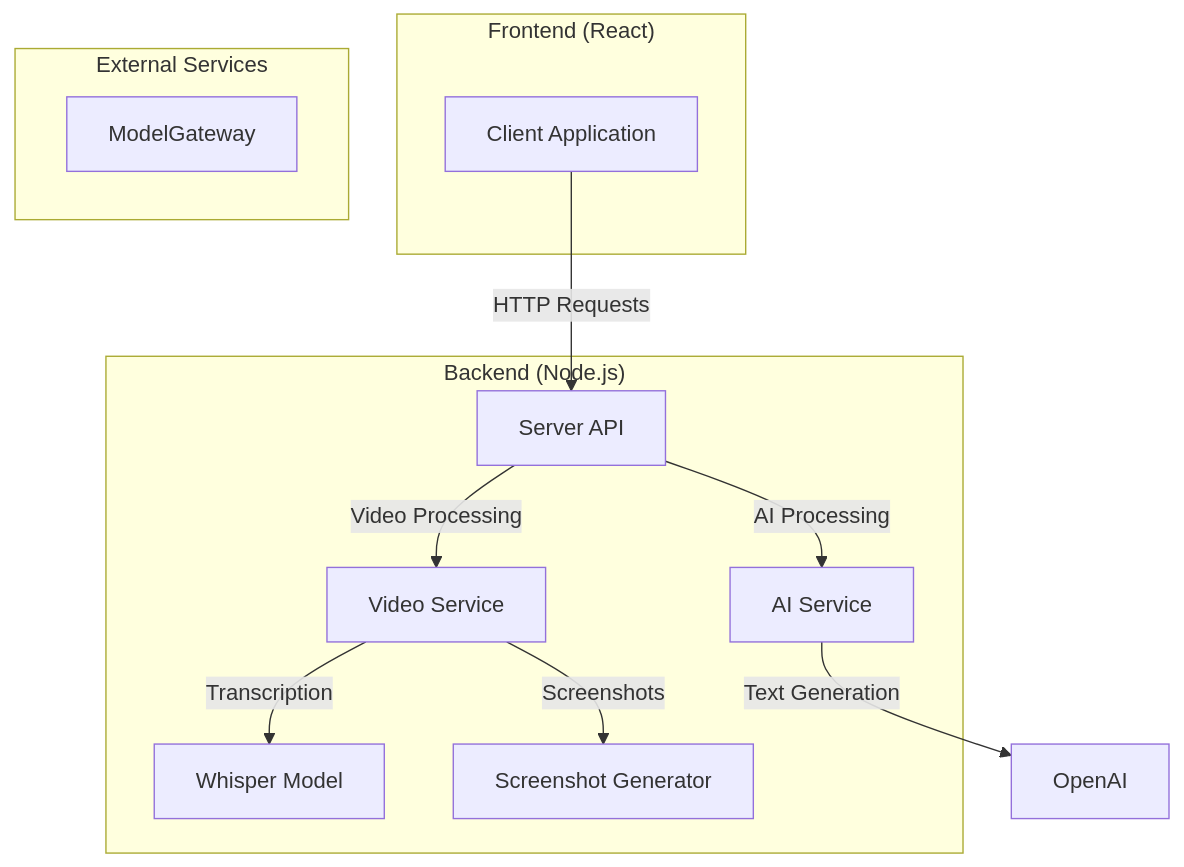
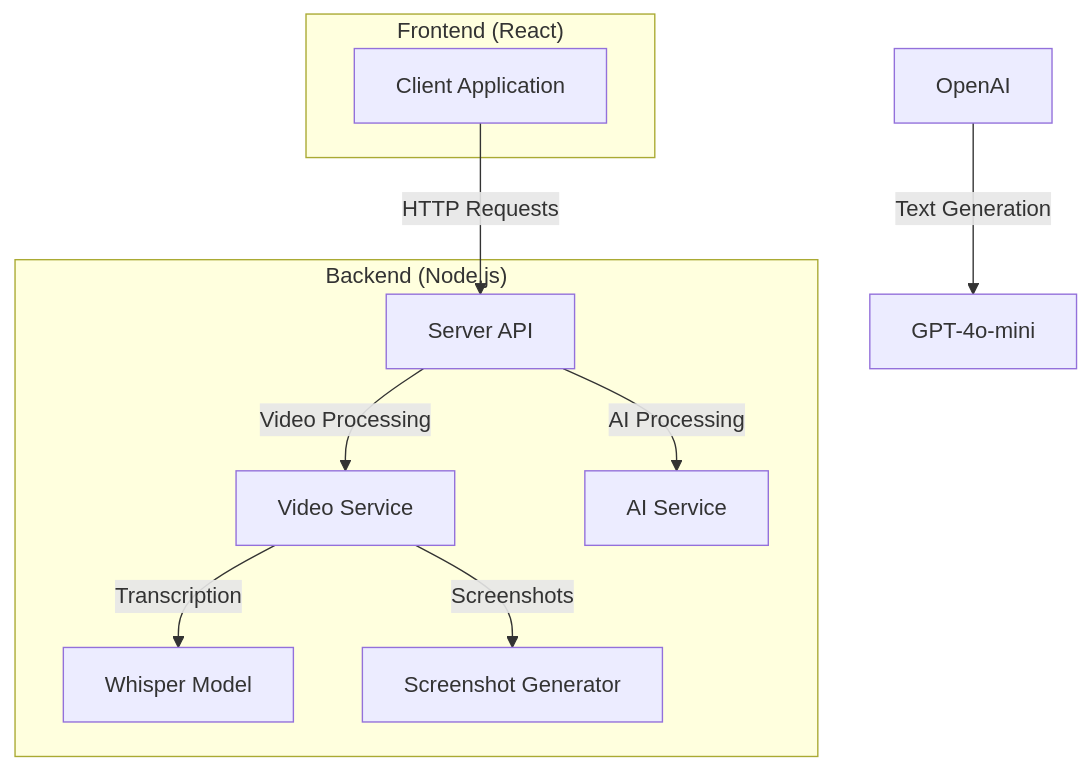
The diagram in README.md (jazmy/videonotesgen), drawn with Mermaid before and after one commit. The commit also changed other lines of this file, not shown here.

````diff
--- a/README.md
+++ b/README.md
@@ -169,25 +166,22 @@
 ```mermaid
 graph TD
     Client[Client Application] -->|HTTP Requests| Server[Server API]
     Server -->|Video Processing| VideoService[Video Service]
     Server -->|AI Processing| AIService[AI Service]
     VideoService -->|Transcription| Whisper[Whisper Model]
     VideoService -->|Screenshots| ScreenshotGen[Screenshot Generator]
-    AIService -->|Text Generation| OpenAI[OpenAI]
+    OpenAI -->|Text Generation| GPT-4o-mini[GPT-4o-mini]
     
     subgraph "Frontend (React)"
         Client
     end
     
     subgraph "Backend (Node.js)"
         Server
         VideoService
         AIService
         Whisper
         ScreenshotGen
     end
     
-    subgraph "External Services"
-        ModelGateway
-    end
 ```
````
